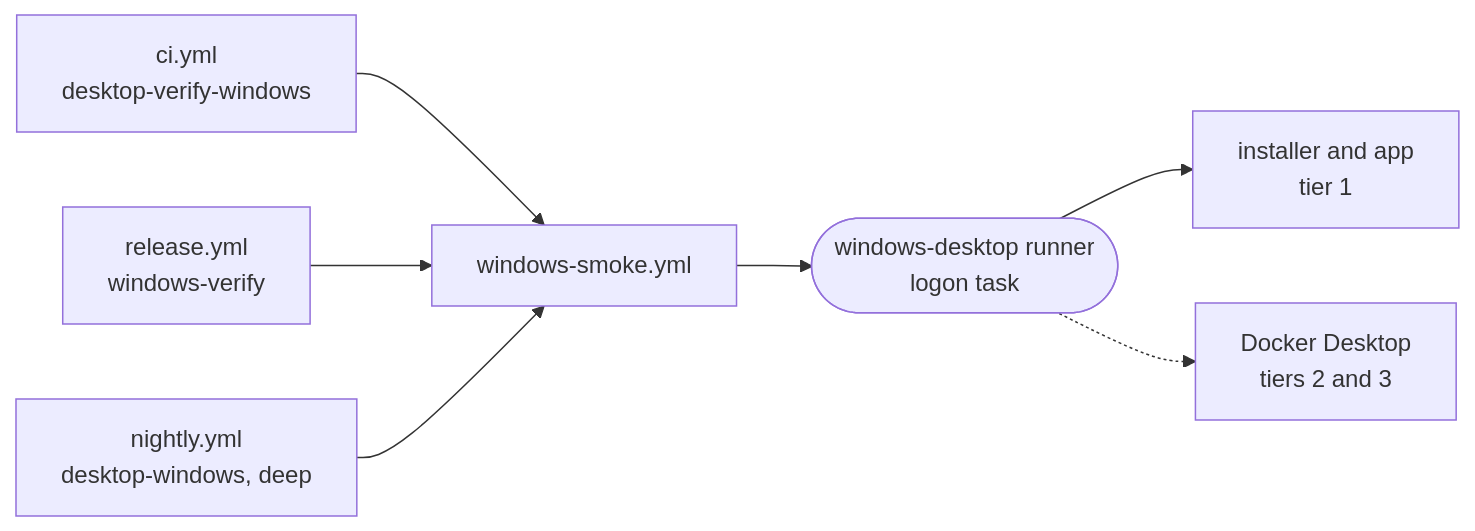
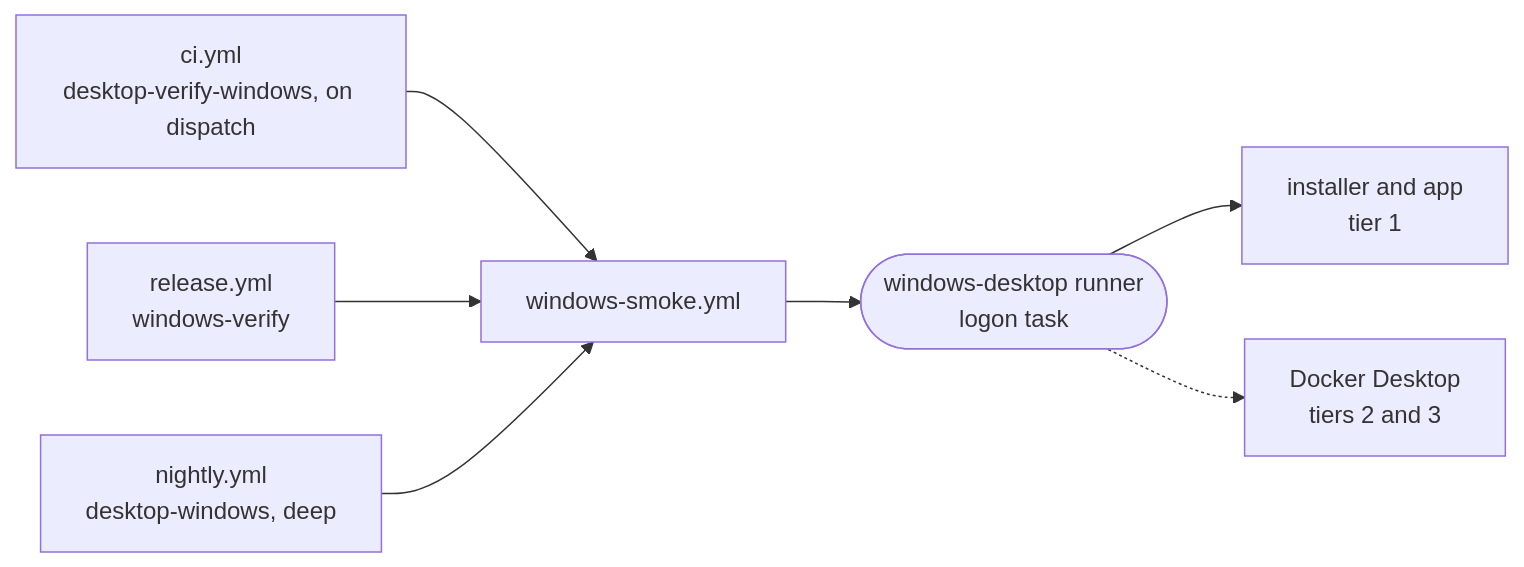
The diagram in docs/ops/ci-runner-windows.md (intentic/intentic), drawn with Mermaid before and after one commit. The commit also changed other lines of this file and 17 other files, not shown here.

````diff
--- a/docs/ops/ci-runner-windows.md
+++ b/docs/ops/ci-runner-windows.md
@@ -5,9 +5,9 @@
 ```mermaid
 flowchart LR
-    ci["ci.yml<br/>desktop-verify-windows"] --> smoke["windows-smoke.yml"]
+    ci["ci.yml<br/>desktop-verify-windows, on dispatch"] --> smoke["windows-smoke.yml"]
     rel["release.yml<br/>windows-verify"] --> smoke
     night["nightly.yml<br/>desktop-windows, deep"] --> smoke
     smoke --> runner(["windows-desktop runner<br/>logon task"])
     runner --> app["installer and app<br/>tier 1"]
     runner -.-> docker["Docker Desktop<br/>tiers 2 and 3"]
 ```
````
